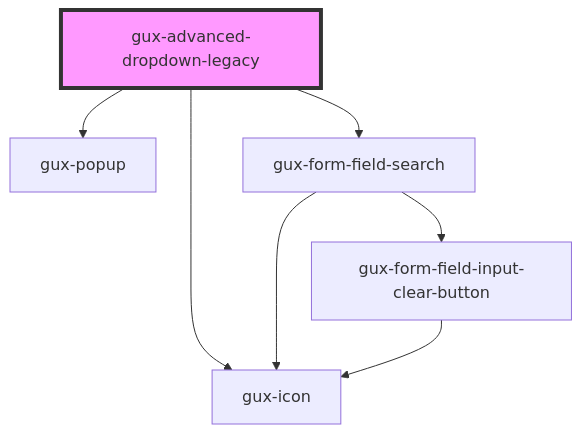
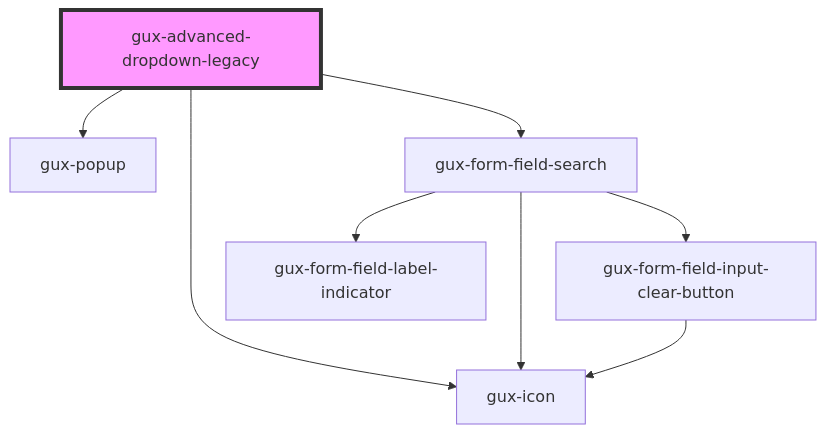
The diagram in packages/genesys-spark-components/src/components/legacy/gux-advanced-dropdown-legacy/readme.md (MyPureCloud/genesys-spark), drawn with Mermaid before and after one commit. The commit also changed 49 other files, not shown here.

First line of the commit message:
feat(other): Add form field optional indicator files

````diff
--- a/packages/genesys-spark-components/src/components/legacy/gux-advanced-dropdown-legacy/readme.md
+++ b/packages/genesys-spark-components/src/components/legacy/gux-advanced-dropdown-legacy/readme.md
@@ -72,10 +72,11 @@
 ```mermaid
 graph TD;
   gux-advanced-dropdown-legacy --> gux-popup
   gux-advanced-dropdown-legacy --> gux-icon
   gux-advanced-dropdown-legacy --> gux-form-field-search
   gux-form-field-search --> gux-icon
   gux-form-field-search --> gux-form-field-input-clear-button
+  gux-form-field-search --> gux-form-field-label-indicator
   gux-form-field-input-clear-button --> gux-icon
   style gux-advanced-dropdown-legacy fill:#f9f,stroke:#333,stroke-width:4px
 ```
````
